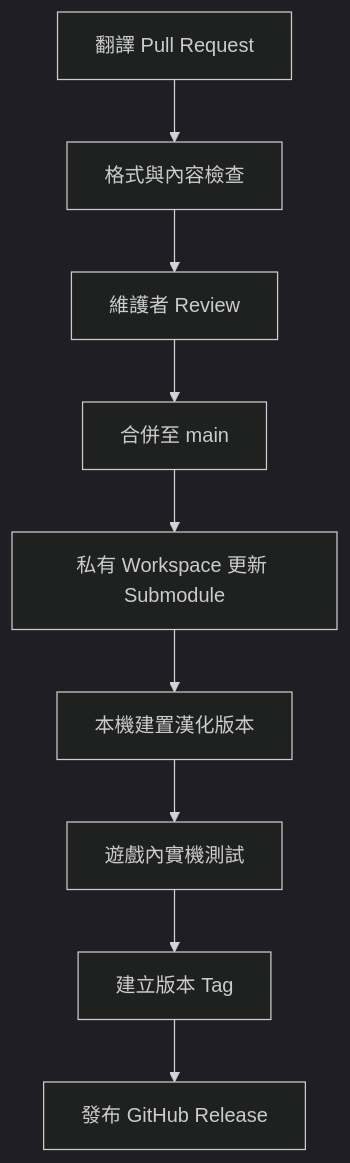
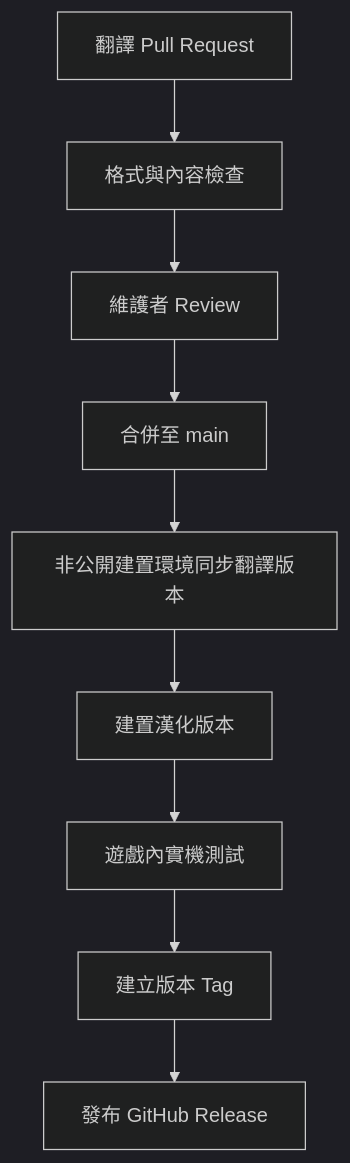
The second of 2 diagrams in README.md (AghDoo/Shantae-HGHU-TW), drawn with Mermaid (dark theme) before and after one commit. The commit also changed other lines of this file, not shown here.

````diff
--- a/README.md
+++ b/README.md
@@ -44,11 +44,11 @@
 ```mermaid
 flowchart TD
     PR["翻譯 Pull Request"] --> Validate["格式與內容檢查"]
     Validate --> Review["維護者 Review"]
     Review --> Merge["合併至 main"]
-    Merge --> Update["私有 Workspace 更新 Submodule"]
-    Update --> Build["本機建置漢化版本"]
+    Merge --> Update["非公開建置環境同步翻譯版本"]
+    Update --> Build["建置漢化版本"]
     Build --> Test["遊戲內實機測試"]
     Test --> Tag["建立版本 Tag"]
     Tag --> Release["發布 GitHub Release"]
 ```
````
